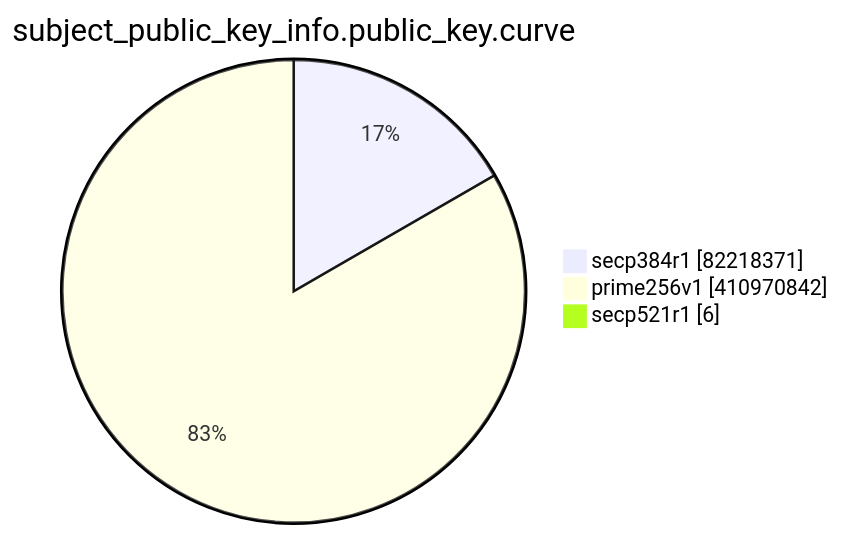
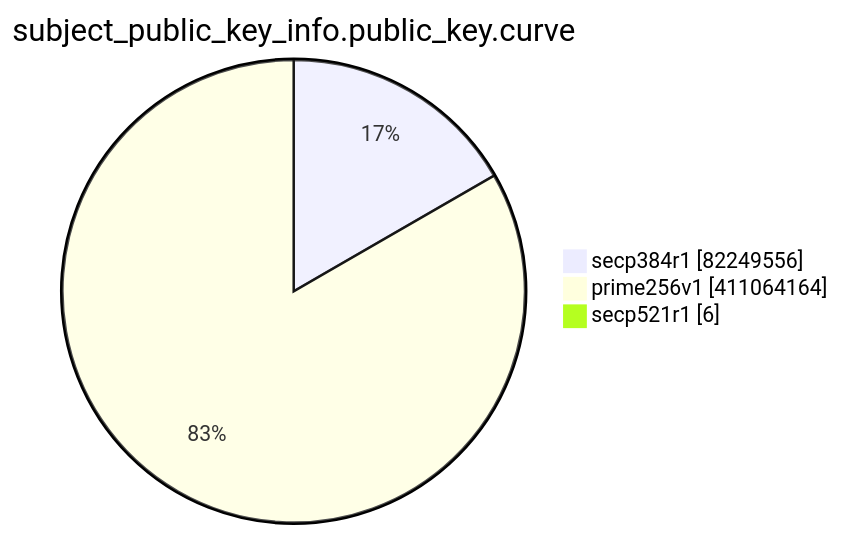
Before and after one commit to christiankrug/ctmonitor_visualization: the eighth of 15 diagrams in TOTAL/README.md, drawn with Mermaid. The commit also changed other lines of this file, not shown here.

````diff
--- a/TOTAL/README.md
+++ b/TOTAL/README.md
@@ -3096,7 +3096,7 @@
 ```mermaid
 pie showData
 title subject_public_key_info.public_key.curve
-"secp384r1" :82218371
-"prime256v1" :410970842
+"secp384r1" :82249556
+"prime256v1" :411064164
 "secp521r1" :6
 ```
````
